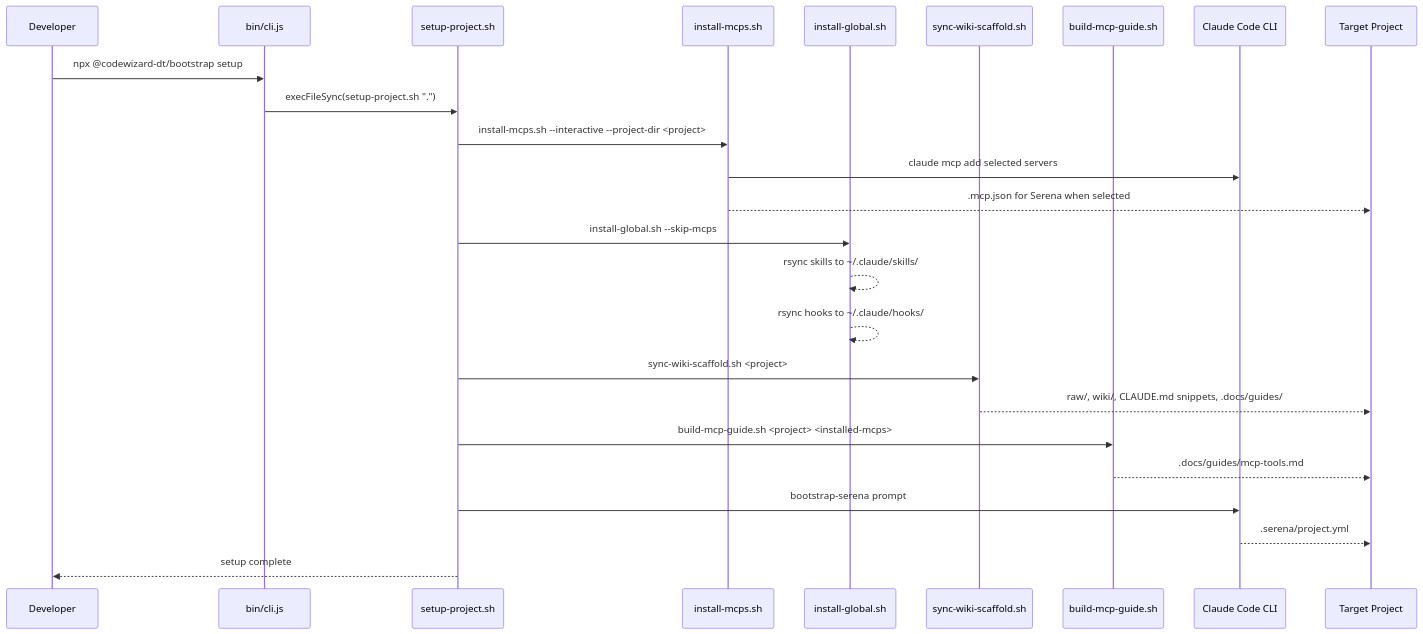
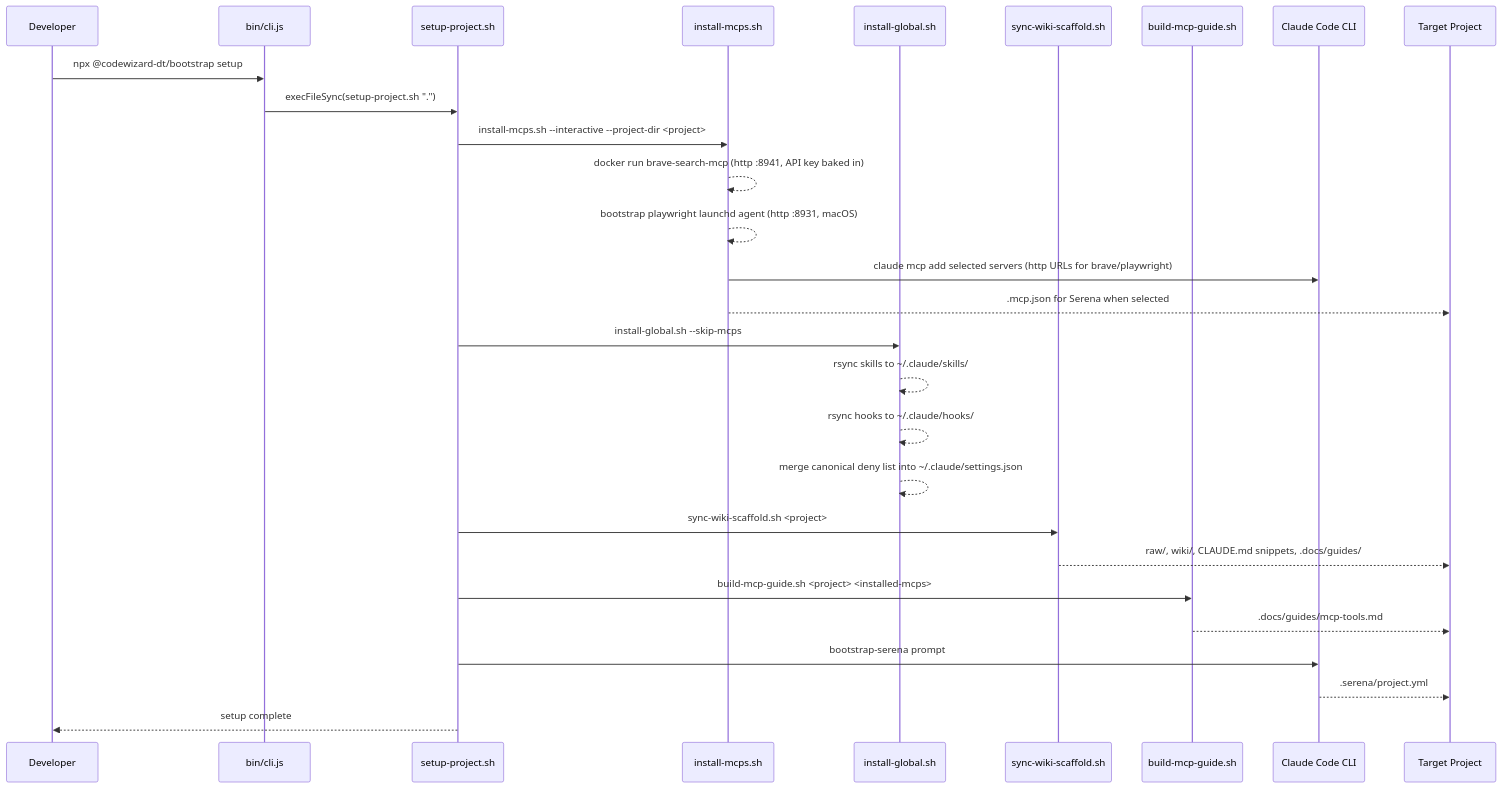
Before and after one commit to codewizard-dt/bootstrap-claude: the second of 3 diagrams in README.md, drawn with Mermaid. The commit also changed other lines of this file and 88 other files, not shown here.

Commit message:
[minor] Release 2.11.0: canonical permissions deny-list sync into ~/.claude/settings.json, skill models to Sonnet 5/Opus 5, MCP shared-HTTP migration (Brave docker :8941, Playwright launchd :8931)

````diff
--- a/README.md
+++ b/README.md
@@ -184,28 +190,31 @@
 ```mermaid
 sequenceDiagram
   participant Dev as Developer
   participant CLI as bin/cli.js
   participant Setup as setup-project.sh
   participant MCP as install-mcps.sh
   participant Global as install-global.sh
   participant Wiki as sync-wiki-scaffold.sh
   participant Guide as build-mcp-guide.sh
   participant Claude as Claude Code CLI
   participant Project as Target Project
 
   Dev->>CLI: npx @codewizard-dt/bootstrap setup
   CLI->>Setup: execFileSync(setup-project.sh ".")
   Setup->>MCP: install-mcps.sh --interactive --project-dir <project>
-  MCP->>Claude: claude mcp add selected servers
+  MCP-->>MCP: docker run brave-search-mcp (http :8941, API key baked in)
+  MCP-->>MCP: bootstrap playwright launchd agent (http :8931, macOS)
+  MCP->>Claude: claude mcp add selected servers (http URLs for brave/playwright)
   MCP-->>Project: .mcp.json for Serena when selected
   Setup->>Global: install-global.sh --skip-mcps
   Global-->>Global: rsync skills to ~/.claude/skills/
   Global-->>Global: rsync hooks to ~/.claude/hooks/
+  Global-->>Global: merge canonical deny list into ~/.claude/settings.json
   Setup->>Wiki: sync-wiki-scaffold.sh <project>
   Wiki-->>Project: raw/, wiki/, CLAUDE.md snippets, .docs/guides/
   Setup->>Guide: build-mcp-guide.sh <project> <installed-mcps>
   Guide-->>Project: .docs/guides/mcp-tools.md
   Setup->>Claude: bootstrap-serena prompt
   Claude-->>Project: .serena/project.yml
   Setup-->>Dev: setup complete
 ```
````
